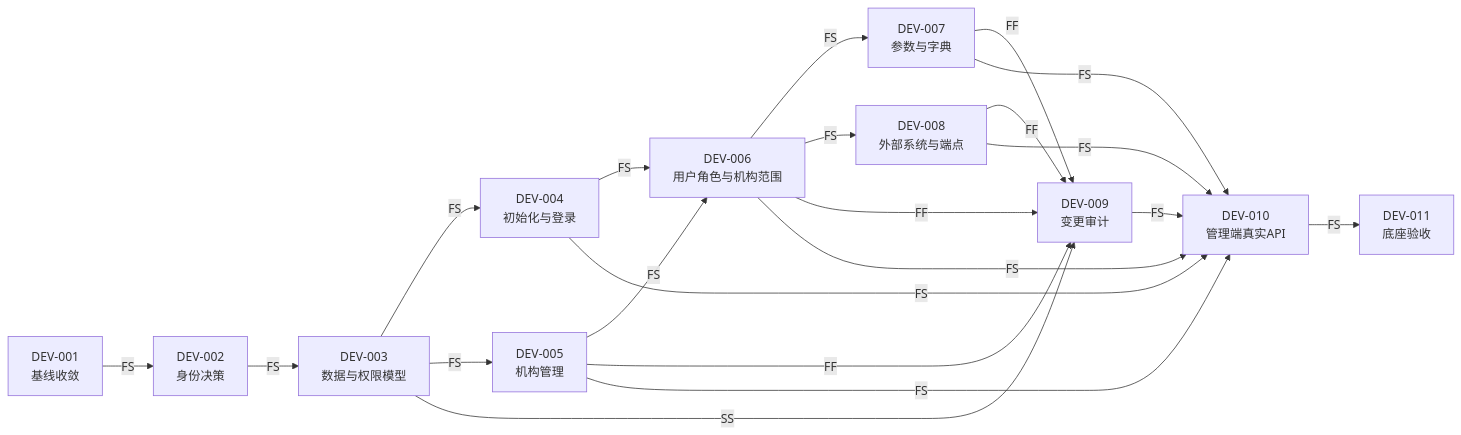
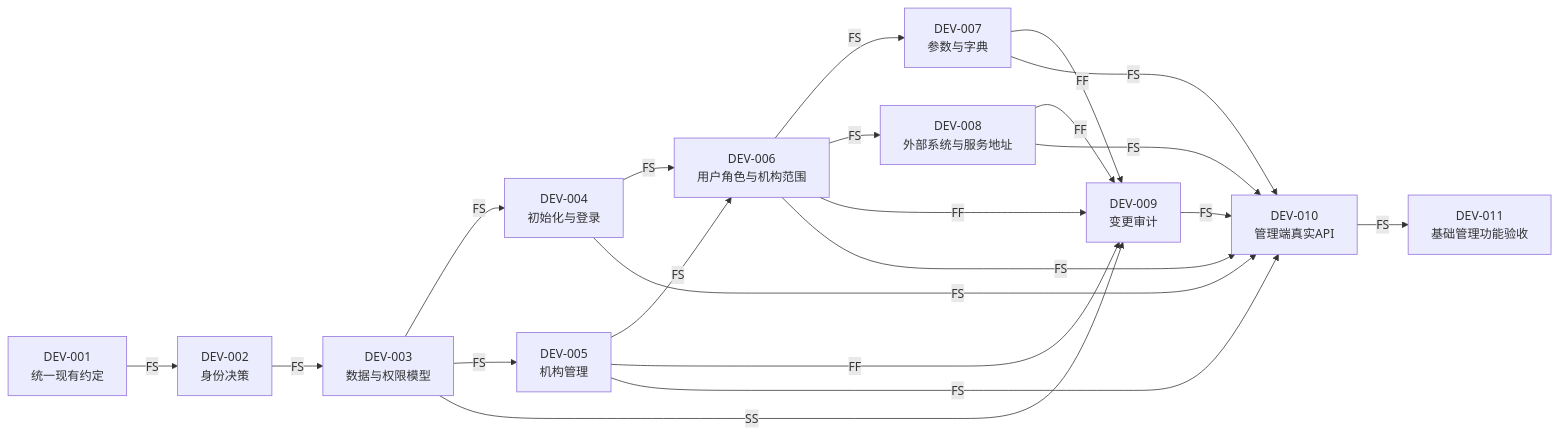
The diagram in docs/plans/开发批次任务计划.md (zftos-xai/county-integration-platform), drawn with Mermaid before and after one commit. The commit also changed other lines of this file and 192 other files, not shown here.

````diff
--- a/docs/plans/开发批次任务计划.md
+++ b/docs/plans/开发批次任务计划.md
@@ -220,23 +220,23 @@
 ```mermaid
 flowchart LR
-    D001["DEV-001<br/>基线收敛"] -->|FS| D002["DEV-002<br/>身份决策"]
+    D001["DEV-001<br/>统一现有约定"] -->|FS| D002["DEV-002<br/>身份决策"]
     D002 -->|FS| D003["DEV-003<br/>数据与权限模型"]
     D003 -->|FS| D004["DEV-004<br/>初始化与登录"]
     D003 -->|FS| D005["DEV-005<br/>机构管理"]
     D003 -->|SS| D009["DEV-009<br/>变更审计"]
     D004 -->|FS| D006["DEV-006<br/>用户角色与机构范围"]
     D005 -->|FS| D006
     D006 -->|FS| D007["DEV-007<br/>参数与字典"]
-    D006 -->|FS| D008["DEV-008<br/>外部系统与端点"]
+    D006 -->|FS| D008["DEV-008<br/>外部系统与服务地址"]
     D005 -->|FF| D009
     D006 -->|FF| D009
     D007 -->|FF| D009
     D008 -->|FF| D009
     D004 -->|FS| D010["DEV-010<br/>管理端真实API"]
     D005 -->|FS| D010
     D006 -->|FS| D010
     D007 -->|FS| D010
     D008 -->|FS| D010
     D009 -->|FS| D010
-    D010 -->|FS| D011["DEV-011<br/>底座验收"]
+    D010 -->|FS| D011["DEV-011<br/>基础管理功能验收"]
 ```
````
